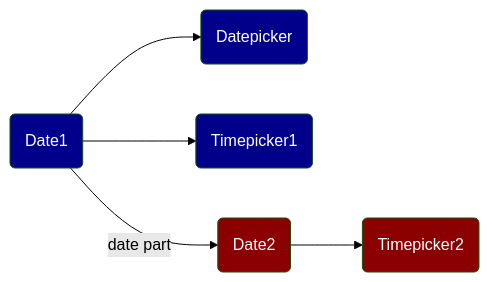
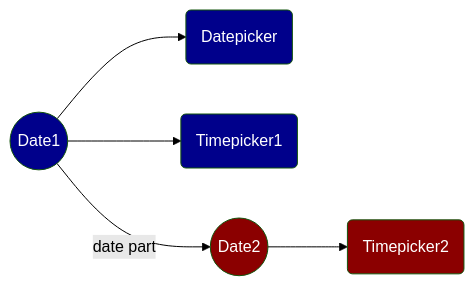
One commit to turingcs2005/angular19_features changed the diagram in client/src/assets/markdown/timepicker.md. Above: the diagram before and after it, drawn with Mermaid (forest theme). The commit also changed 15 other files, not shown here.

````diff
--- a/client/src/assets/markdown/timepicker.md
+++ b/client/src/assets/markdown/timepicker.md
@@ -1,11 +1,11 @@
 ```mermaid
 flowchart LR
 classDef s1 fill: darkblue, color: white;
 classDef s2 fill: darkred, color: white;
 
-Date1(Date1):::s1 --> Datepicker(Datepicker):::s1
+Date1((Date1)):::s1 --> Datepicker(Datepicker):::s1
 Date1 --> Timepicker1(Timepicker1):::s1
-Date1 --> |date part| Date2(Date2):::s2
+Date1 --> |date part| Date2((Date2)):::s2
 Date2 --> Timepicker2(Timepicker2):::s2
 
 ```
````
